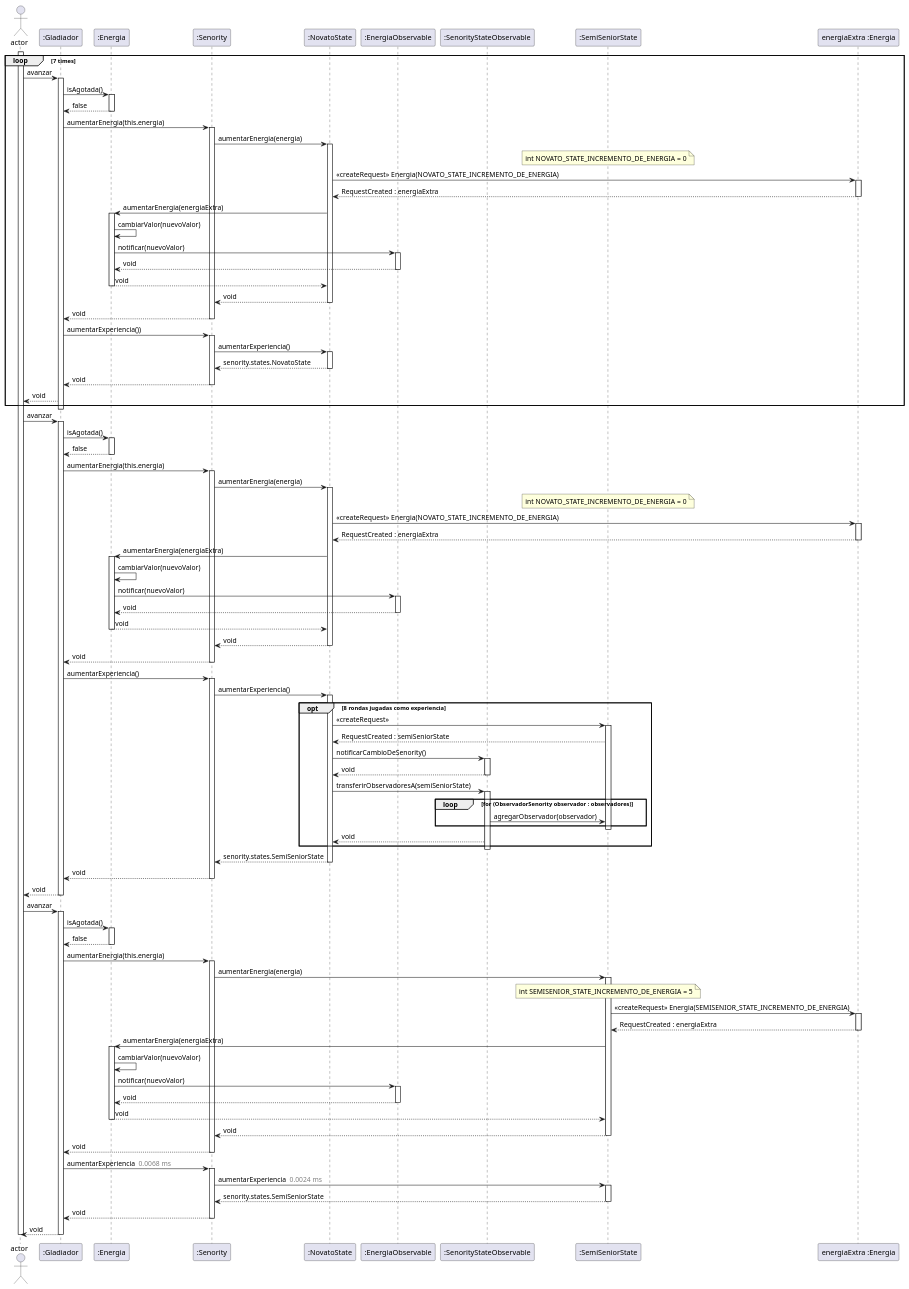
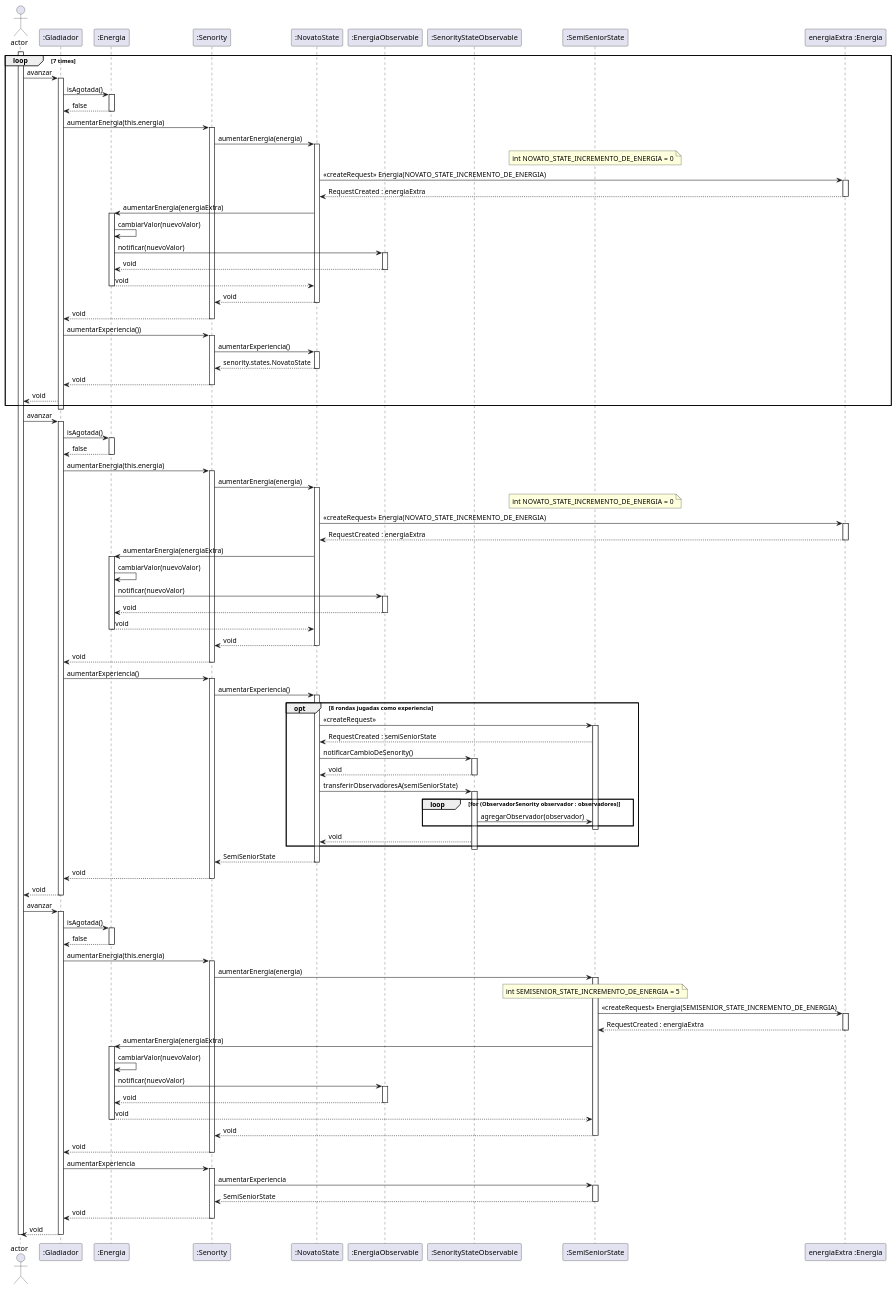
One commit to RodriguezNazareno56/FIUBA-Algo3-TP2 changed the diagram in diagrams/sequences/CasoDeUso8Test_verificarQueSiPasan8TurnosElSeniorityDelGladiadorPasaDeNovatoASemiSeniorYVeSuEnergiaIncrementadaAlProximoTurno.plantuml. Above: the diagram before and after it, drawn with PlantUML. The commit also changed 8 other files, not shown here.

Commit message:
ultimo refactor sobre los diagramas de secuencias (#204)

```diff
--- a/diagrams/sequences/CasoDeUso8Test_verificarQueSiPasan8TurnosElSeniorityDelGladiadorPasaDeNovatoASemiSeniorYVeSuEnergiaIncrementadaAlProximoTurno.plantuml
+++ b/diagrams/sequences/CasoDeUso8Test_verificarQueSiPasan8TurnosElSeniorityDelGladiadorPasaDeNovatoASemiSeniorYVeSuEnergiaIncrementadaAlProximoTurno.plantuml
@@ -1,156 +1,156 @@
 @startuml
 actor Actor as "actor"
 participant Gladiador as ":Gladiador"
 participant Energia as ":Energia"
 participant Senority as ":Senority"
 participant NovatoState as ":NovatoState"
 participant ObservableEnergia as ":EnergiaObservable"
 participant ObservableSenorityState as ":SenorityStateObservable"
 participant SemiSeniorState as ":SemiSeniorState"
 participant EnergiaExtra as "energiaExtra :Energia"
 
   Note right
 verificarQueSiPasan8TurnosElSeniorityDelGladiadorPasaDeNovatoASemiSeniorYVeSuEnergiaIncrementadaAlProximoTurno
   End note
     loop 7 times
   activate Actor
     Actor->Gladiador: avanzar
     activate Gladiador
       Gladiador->Energia: isAgotada()
       activate Energia
       Gladiador<--Energia: false
       deactivate Energia
       Gladiador->Senority: aumentarEnergia(this.energia)
       activate Senority
         Senority->NovatoState: aumentarEnergia(energia)
         activate NovatoState
         note over SemiSeniorState : int NOVATO_STATE_INCREMENTO_DE_ENERGIA = 0
         NovatoState->EnergiaExtra: << createRequest >> Energia(NOVATO_STATE_INCREMENTO_DE_ENERGIA)
         activate EnergiaExtra
         EnergiaExtra-->NovatoState: RequestCreated : energiaExtra
         deactivate EnergiaExtra
           NovatoState->Energia: aumentarEnergia(energiaExtra)
           activate Energia
           Energia->Energia: cambiarValor(nuevoValor)
             Energia->ObservableEnergia: notificar(nuevoValor)
             activate ObservableEnergia
             Energia<--ObservableEnergia: void
             deactivate ObservableEnergia
           NovatoState<--Energia: void
           deactivate Energia
         Senority<--NovatoState: void
         deactivate NovatoState
       Gladiador<--Senority: void
       deactivate Senority
       Gladiador->Senority: aumentarExperiencia())
       activate Senority
         Senority->NovatoState: aumentarExperiencia()
         activate NovatoState
         Senority<--NovatoState: senority.states.NovatoState
         deactivate NovatoState
       Gladiador<--Senority: void
       deactivate Senority
     Actor<--Gladiador: void
     end
 
 
 
 
     deactivate Gladiador
     Actor->Gladiador: avanzar
         activate Gladiador
           Gladiador->Energia: isAgotada()
           activate Energia
           Gladiador<--Energia: false
           deactivate Energia
           Gladiador->Senority: aumentarEnergia(this.energia)
           activate Senority
             Senority->NovatoState: aumentarEnergia(energia)
             activate NovatoState
             note over SemiSeniorState : int NOVATO_STATE_INCREMENTO_DE_ENERGIA = 0
             NovatoState->EnergiaExtra: << createRequest >> Energia(NOVATO_STATE_INCREMENTO_DE_ENERGIA)
             activate EnergiaExtra
             EnergiaExtra-->NovatoState: RequestCreated : energiaExtra
             deactivate EnergiaExtra
               NovatoState->Energia: aumentarEnergia(energiaExtra)
               activate Energia
               Energia->Energia: cambiarValor(nuevoValor)
                 Energia->ObservableEnergia: notificar(nuevoValor)
                 activate ObservableEnergia
                 Energia<--ObservableEnergia: void
                 deactivate ObservableEnergia
               NovatoState<--Energia: void
               deactivate Energia
             Senority<--NovatoState: void
             deactivate NovatoState
           Gladiador<--Senority: void
           deactivate Senority
       Gladiador->Senority: aumentarExperiencia()
       activate Senority
         Senority->NovatoState: aumentarExperiencia()
         opt 8 rondas jugadas como experiencia
         activate NovatoState
           NovatoState->SemiSeniorState: << createRequest >>
           activate SemiSeniorState
           SemiSeniorState-->NovatoState: RequestCreated : semiSeniorState
           NovatoState->ObservableSenorityState: notificarCambioDeSenority()
           activate ObservableSenorityState
           NovatoState<--ObservableSenorityState: void
           deactivate ObservableSenorityState
           NovatoState->ObservableSenorityState: transferirObservadoresA(semiSeniorState)
           activate ObservableSenorityState
           loop for (ObservadorSenority observador : observadores)
           ObservableSenorityState->SemiSeniorState: agregarObservador(observador)
           end
           deactivate SemiSeniorState
           NovatoState<--ObservableSenorityState: void
           end
           deactivate ObservableSenorityState
-        Senority<--NovatoState: senority.states.SemiSeniorState
+        Senority<--NovatoState: SemiSeniorState
         deactivate NovatoState
       Gladiador<--Senority: void
       deactivate Senority
     Actor<--Gladiador: void
     deactivate Gladiador
 
 
     Actor->Gladiador: avanzar
         activate Gladiador
           Gladiador->Energia: isAgotada()
           activate Energia
           Gladiador<--Energia: false
           deactivate Energia
           Gladiador->Senority: aumentarEnergia(this.energia)
           activate Senority
             Senority->SemiSeniorState: aumentarEnergia(energia)
             activate SemiSeniorState
             note over SemiSeniorState : int SEMISENIOR_STATE_INCREMENTO_DE_ENERGIA = 5
             SemiSeniorState->EnergiaExtra: << createRequest >> Energia(SEMISENIOR_STATE_INCREMENTO_DE_ENERGIA)
             activate EnergiaExtra
             EnergiaExtra-->SemiSeniorState: RequestCreated : energiaExtra
             deactivate EnergiaExtra
               SemiSeniorState->Energia: aumentarEnergia(energiaExtra)
               activate Energia
               Energia->Energia: cambiarValor(nuevoValor)
                 Energia->ObservableEnergia: notificar(nuevoValor)
                 activate ObservableEnergia
                 Energia<--ObservableEnergia: void
                 deactivate ObservableEnergia
               SemiSeniorState<--Energia: void
               deactivate Energia
             Senority<--SemiSeniorState: void
             deactivate SemiSeniorState
           Gladiador<--Senority: void
           deactivate Senority
-      Gladiador->Senority: aumentarExperiencia <color:gray> 0.0068 ms</color>
+      Gladiador->Senority: aumentarExperiencia
       activate Senority
-        Senority->SemiSeniorState: aumentarExperiencia <color:gray> 0.0024 ms</color>
+        Senority->SemiSeniorState: aumentarExperiencia
         activate SemiSeniorState
-        Senority<--SemiSeniorState: senority.states.SemiSeniorState
+        Senority<--SemiSeniorState: SemiSeniorState
         deactivate SemiSeniorState
       Gladiador<--Senority: void
       deactivate Senority
     Actor<--Gladiador: void
     deactivate Gladiador
   deactivate Actor
 @enduml
```
